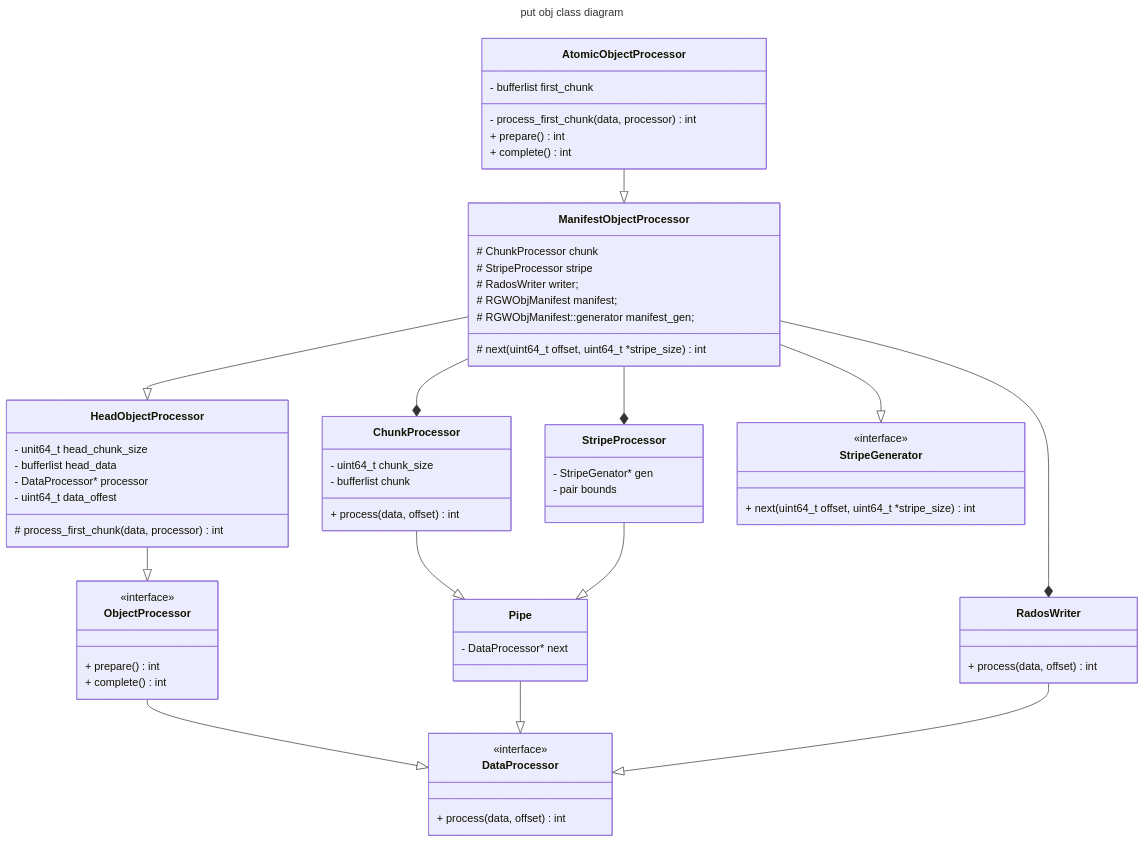
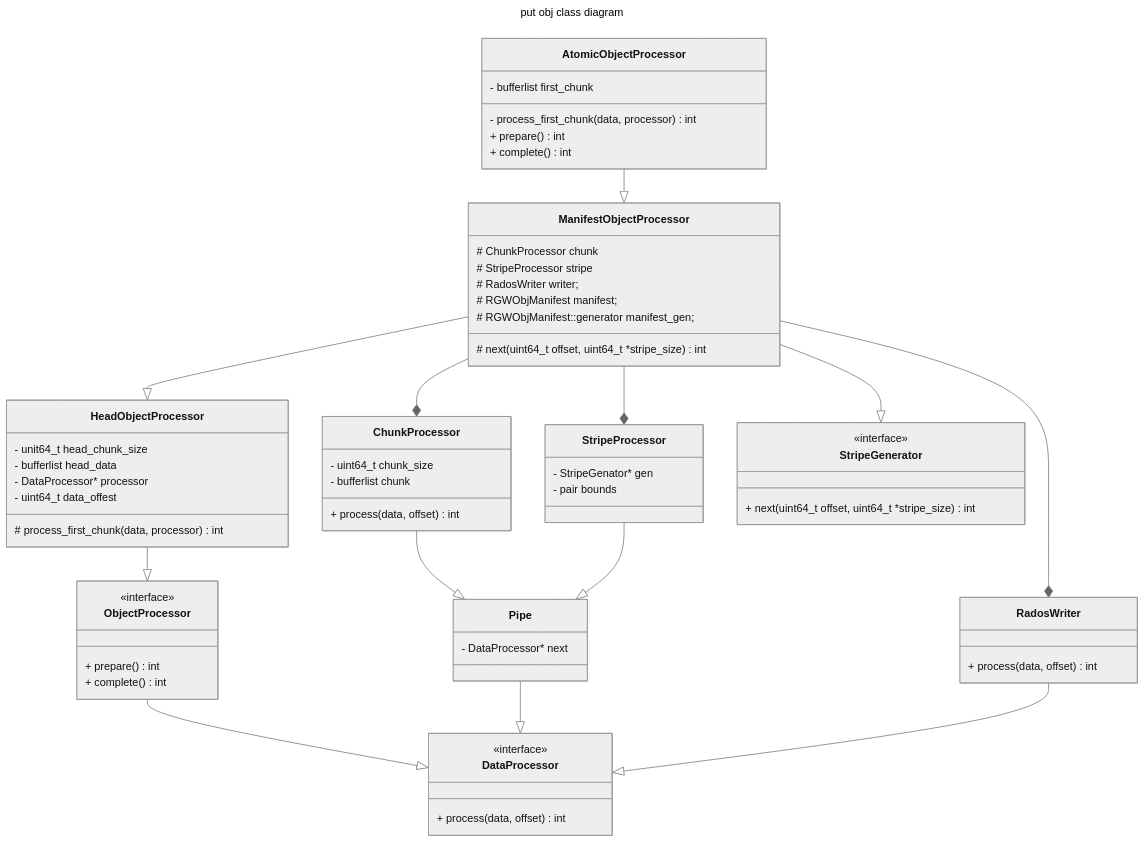
Before and after one commit to liutimo/liutimo.github.io: the first of 3 diagrams in source/_posts/rgw-put-obj-atomic.md, drawn with Mermaid. The commit also changed other lines of this file and 3 other files, not shown here.

````diff
--- a/source/_posts/rgw-put-obj-atomic.md
+++ b/source/_posts/rgw-put-obj-atomic.md
@@ -17,79 +17,80 @@
 ```mermaid
 ---
 title: put obj class diagram
-theme: default
+config:
+  theme: neutral
 ---
 classDiagram
   class DataProcessor {
     <<interface>>
     + process(data, offset) int
   }
   class ObjectProcessor {
     <<interface>>
     + prepare() int
     + complete() int
   }
   ObjectProcessor --|> DataProcessor
   class Pipe {
     - DataProcessor* next
   }
 
   Pipe --|> DataProcessor
 
   class ChunkProcessor {
     - uint64_t chunk_size
     - bufferlist chunk
     + process(data, offset) int
   }
 
   class StripeProcessor {
     - StripeGenator* gen
     - pair<uint64_t, uint64_t> bounds
   }
 
   ChunkProcessor --|> Pipe
   StripeProcessor --|> Pipe
 
   class RadosWriter {
     + process(data, offset) int
   }
   RadosWriter --|> DataProcessor
 
   class HeadObjectProcessor {
     - unit64_t head_chunk_size 
     - bufferlist head_data
     - DataProcessor* processor
     - uint64_t data_offest
     # process_first_chunk(data, processor) int
   }
   HeadObjectProcessor --|> ObjectProcessor
 
   class StripeGenerator {
     <<interface>>
     + next(uint64_t offset, uint64_t *stripe_size) int
   }
 
   class ManifestObjectProcessor {
     # ChunkProcessor chunk
     # StripeProcessor stripe
     # RadosWriter writer;
     # RGWObjManifest manifest;
     # RGWObjManifest::generator manifest_gen;
     # next(uint64_t offset, uint64_t *stripe_size) int
   }
   ManifestObjectProcessor --* RadosWriter
   ManifestObjectProcessor --* ChunkProcessor
   ManifestObjectProcessor --* StripeProcessor
 
   ManifestObjectProcessor --|> StripeGenerator
   ManifestObjectProcessor --|> HeadObjectProcessor
 
   class AtomicObjectProcessor {
     - bufferlist first_chunk
     - process_first_chunk(data, processor) int
     + prepare() int
     + complete() int
   }
 
   AtomicObjectProcessor --|> ManifestObjectProcessor
 ```
````
